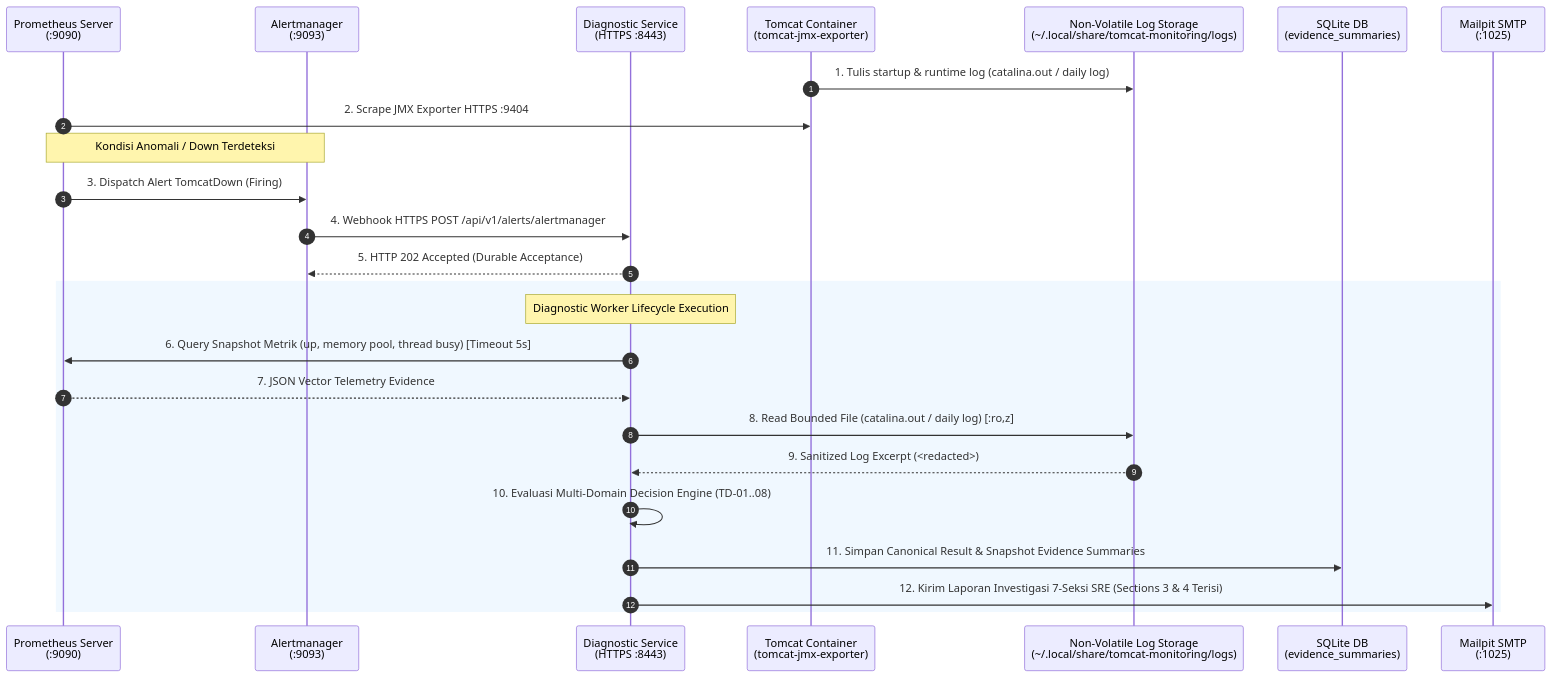
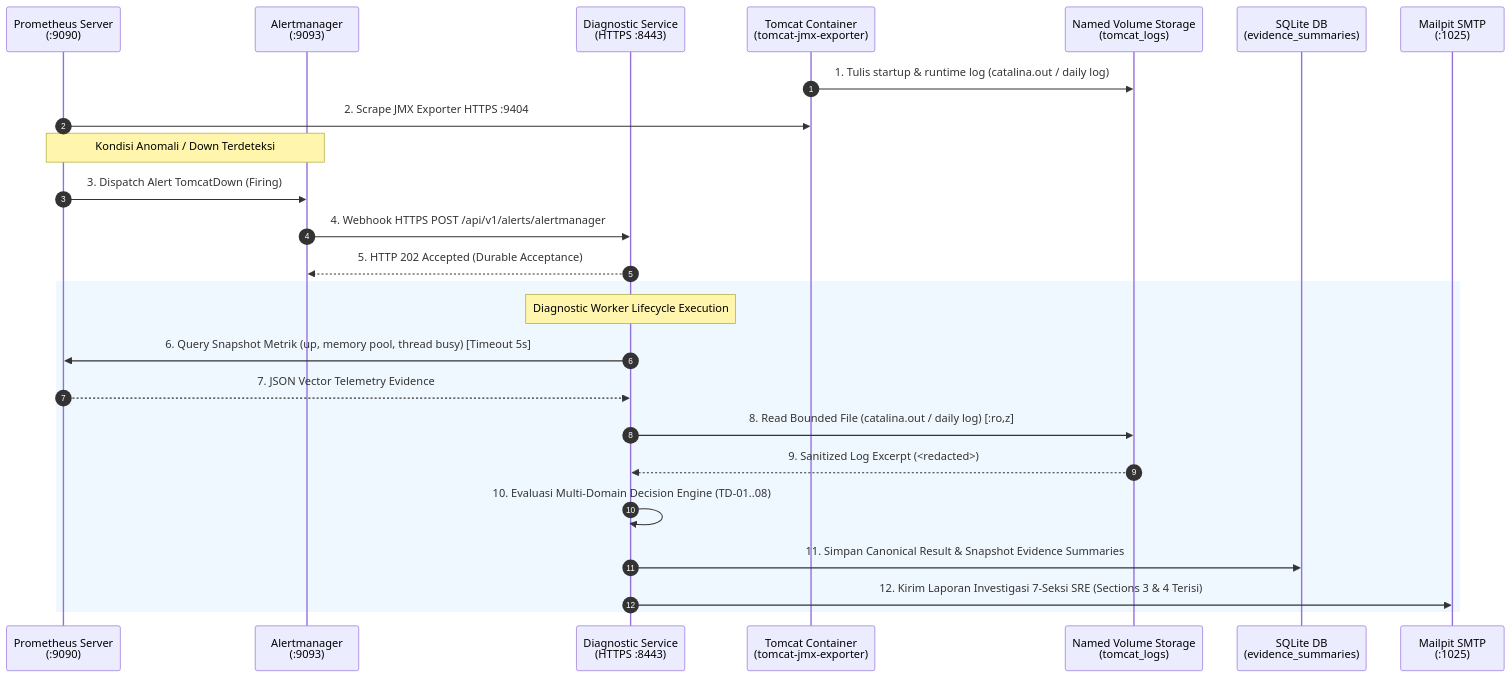
The diagram in docs/projects/tomcat-monitoring/engineering-journal/monitoring-platform-integration/TN-008-integrate-live-prometheus-evidence-adapter-and-shared-persistent-logs.md (edkas07-oss/devops-handbook), drawn with Mermaid before and after one commit. The commit also changed other lines of this file and 4 other files, not shown here.

Commit message:
docs(tn-008): standardize on tomcat_logs named volume across handbook

````diff
--- a/docs/projects/tomcat-monitoring/engineering-journal/monitoring-platform-integration/TN-008-integrate-live-prometheus-evidence-adapter-and-shared-persistent-logs.md
+++ b/docs/projects/tomcat-monitoring/engineering-journal/monitoring-platform-integration/TN-008-integrate-live-prometheus-evidence-adapter-and-shared-persistent-logs.md
@@ -120,29 +119,29 @@
 ```mermaid
 sequenceDiagram
     autonumber
     participant Prom as Prometheus Server<br/>(:9090)
     participant AM as Alertmanager<br/>(:9093)
     participant DS as Diagnostic Service<br/>(HTTPS :8443)
     participant Tom as Tomcat Container<br/>(tomcat-jmx-exporter)
-    participant Disk as Non-Volatile Log Storage<br/>(~/.local/share/tomcat-monitoring/logs)
+    participant Disk as Named Volume Storage<br/>(tomcat_logs)
     participant DB as SQLite DB<br/>(evidence_summaries)
     participant Mail as Mailpit SMTP<br/>(:1025)
 
     Tom->>Disk: 1. Tulis startup & runtime log (catalina.out / daily log)
     Prom->>Tom: 2. Scrape JMX Exporter HTTPS :9404
     Note over Prom,AM: Kondisi Anomali / Down Terdeteksi
     Prom->>AM: 3. Dispatch Alert TomcatDown (Firing)
     AM->>DS: 4. Webhook HTTPS POST /api/v1/alerts/alertmanager
     DS-->>AM: 5. HTTP 202 Accepted (Durable Acceptance)
     
     rect rgb(240, 248, 255)
         Note over DS: Diagnostic Worker Lifecycle Execution
         DS->>Prom: 6. Query Snapshot Metrik (up, memory pool, thread busy) [Timeout 5s]
         Prom-->>DS: 7. JSON Vector Telemetry Evidence
         DS->>Disk: 8. Read Bounded File (catalina.out / daily log) [:ro,z]
         Disk-->>DS: 9. Sanitized Log Excerpt (<redacted>)
         DS->>DS: 10. Evaluasi Multi-Domain Decision Engine (TD-01..08)
         DS->>DB: 11. Simpan Canonical Result & Snapshot Evidence Summaries
         DS->>Mail: 12. Kirim Laporan Investigasi 7-Seksi SRE (Sections 3 & 4 Terisi)
     end
 ```
````
